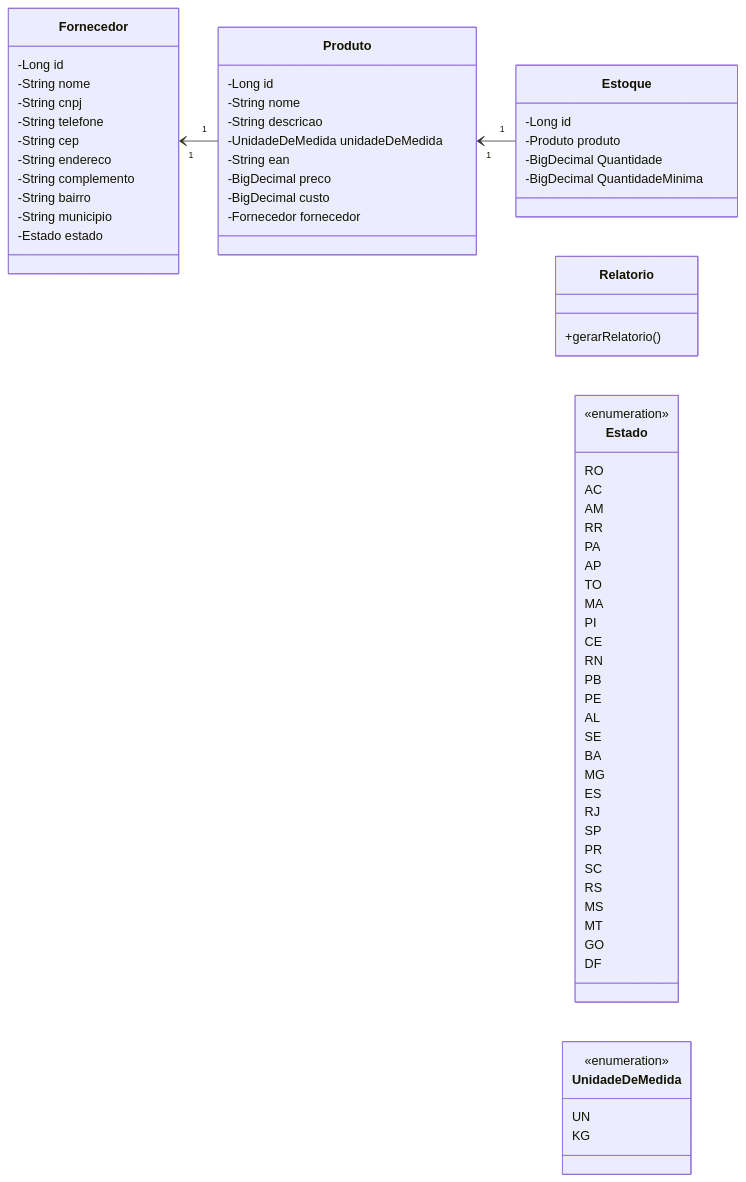
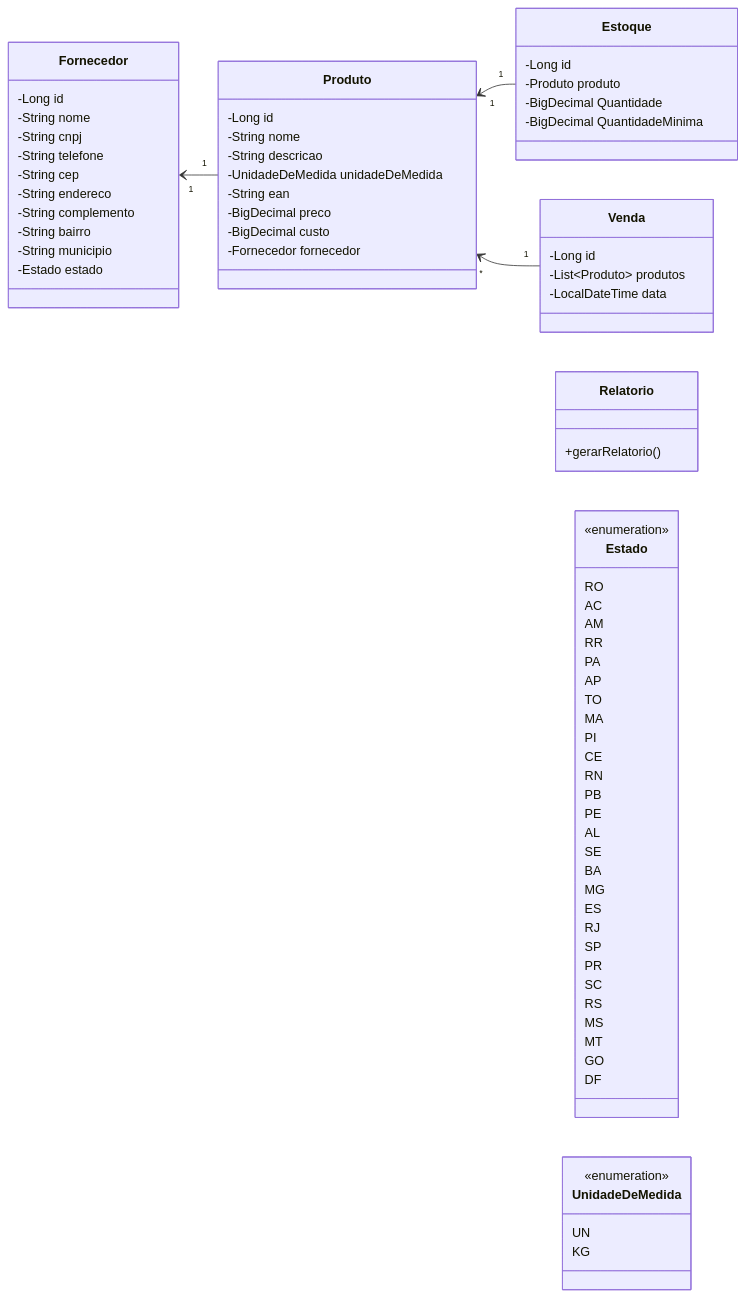
One commit to Eduardo-Karpinski/TCC changed the diagram in Diagramas/classe.md. Above: the diagram before and after it, drawn with Mermaid.

Commit message:
Atualizando diagrama de classe

```diff
--- a/Diagramas/classe.md
+++ b/Diagramas/classe.md
@@ -4,9 +4,8 @@
     
     Produto "1" --> "1" Fornecedor
     Estoque "1" --> "1" Produto
+    Venda "1" --> "*" Produto
 
-    %% Produto tera um fornecedor e não varios, pois o preço pode varias por fornecedor
-    %% isso pode/vai ocasionar em produtos repitidos
     class Produto{
         -Long id
         -String nome
@@ -40,6 +39,12 @@
 
     class Relatorio{
         +gerarRelatorio()
+    }
+
+    class Venda{
+        -Long id
+        -List~Produto~ produtos
+        -LocalDateTime data
     }
 
     class Estado{
```
